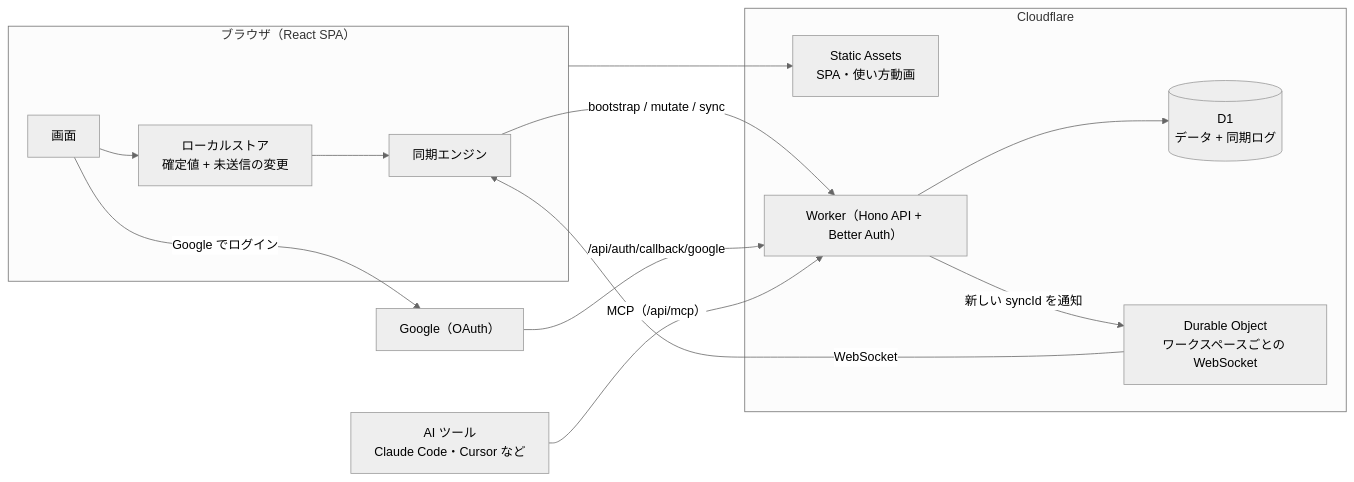
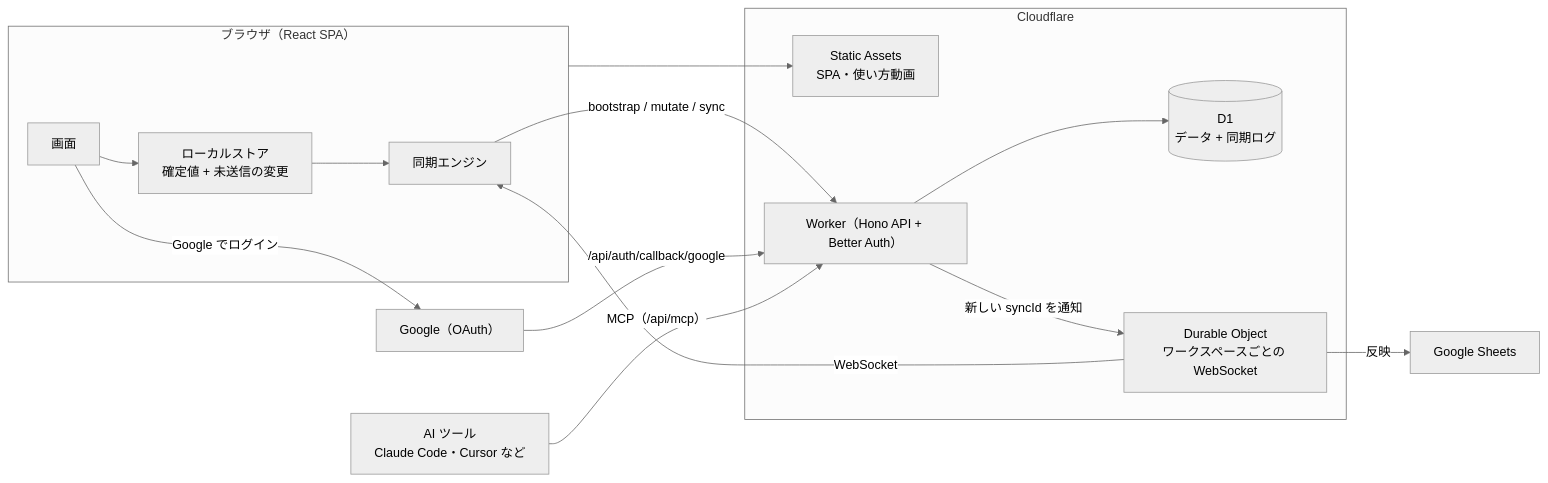
One commit to otomatty/sen changed the diagram in README.md. Above: the diagram before and after it, drawn with Mermaid (neutral theme). The commit also changed other lines of this file and 14 other files, not shown here.

````diff
--- a/README.md
+++ b/README.md
@@ -96,20 +97,21 @@
 ```mermaid
 flowchart LR
   subgraph Browser["ブラウザ（React SPA）"]
     UI["画面"] --> Store["ローカルストア<br/>確定値 + 未送信の変更"]
     Store --> Engine["同期エンジン"]
   end
   subgraph CF["Cloudflare"]
     Assets["Static Assets<br/>SPA・使い方動画"]
     Worker["Worker（Hono API + Better Auth）"]
     D1[("D1<br/>データ + 同期ログ")]
     DO["Durable Object<br/>ワークスペースごとの WebSocket"]
   end
   Engine -- "bootstrap / mutate / sync" --> Worker
   UI -- "Google でログイン" --> Google["Google（OAuth）"] -- "/api/auth/callback/google" --> Worker
   AI["AI ツール<br/>Claude Code・Cursor など"] -- "MCP（/api/mcp）" --> Worker
   Worker --> D1
   Worker -- "新しい syncId を通知" --> DO
   DO -- "WebSocket" --> Engine
+  DO -- "反映" --> GSheets["Google Sheets"]
   Browser --> Assets
 ```
````
